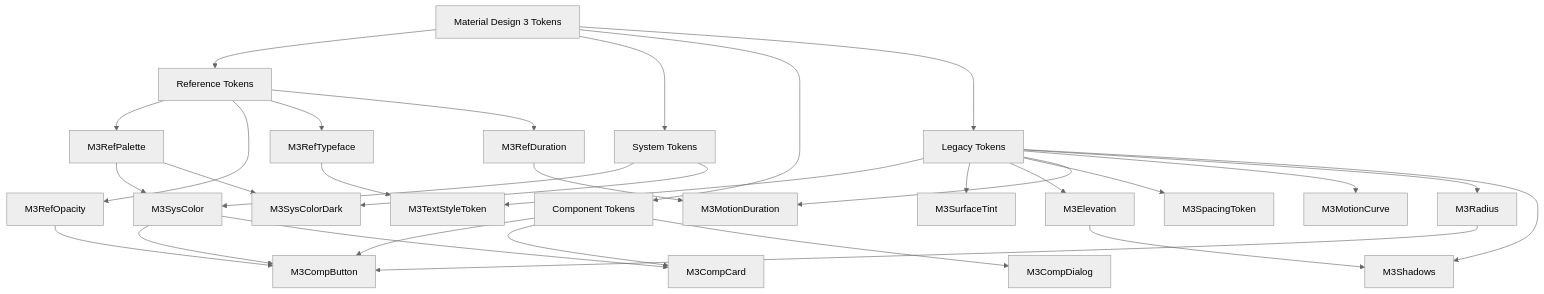
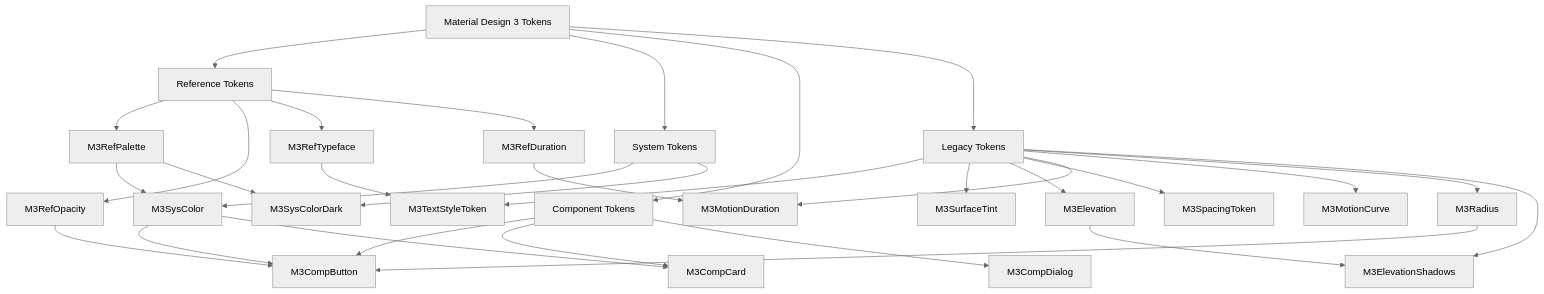
The first of 5 diagrams in documentation/material_design/pt_BR/maps/Token Map.md (fluttely/material_design), drawn with Mermaid (neutral theme) before and after one commit. The commit also changed other lines of this file and 28 other files, not shown here.

````diff
--- a/documentation/material_design/pt_BR/maps/Token Map.md
+++ b/documentation/material_design/pt_BR/maps/Token Map.md
@@ -11,41 +11,41 @@
 ```mermaid
 graph TD
     A[Material Design 3 Tokens] --> B[Reference Tokens]
     A --> C[System Tokens]
     A --> D[Component Tokens]
     A --> E[Legacy Tokens]
 
     B --> B1[M3RefPalette]
     B --> B2[M3RefOpacity]
     B --> B3[M3RefTypeface]
     B --> B4[M3RefDuration]
 
     C --> C1[M3SysColor]
     C --> C2[M3SysColorDark]
 
     D --> D1[M3CompButton]
     D --> D2[M3CompCard]
     D --> D3[M3CompDialog]
 
     E --> E1[M3TextStyleToken]
     E --> E2[M3SurfaceTint]
     E --> E3[M3Elevation]
     E --> E4[M3SpacingToken]
     E --> E5[M3MotionDuration]
     E --> E6[M3MotionCurve]
     E --> E7[M3Radius]
-    E --> E8[M3Shadows]
+    E --> E8[M3ElevationShadows]
 
     %% Conexões de dependência
     B1 --> C1
     B1 --> C2
     B2 --> D1
     B3 --> E1
     B4 --> E5
 
     C1 --> D1
     C1 --> D2
 
     E3 --> E8
     E7 --> D1
 ```
````
